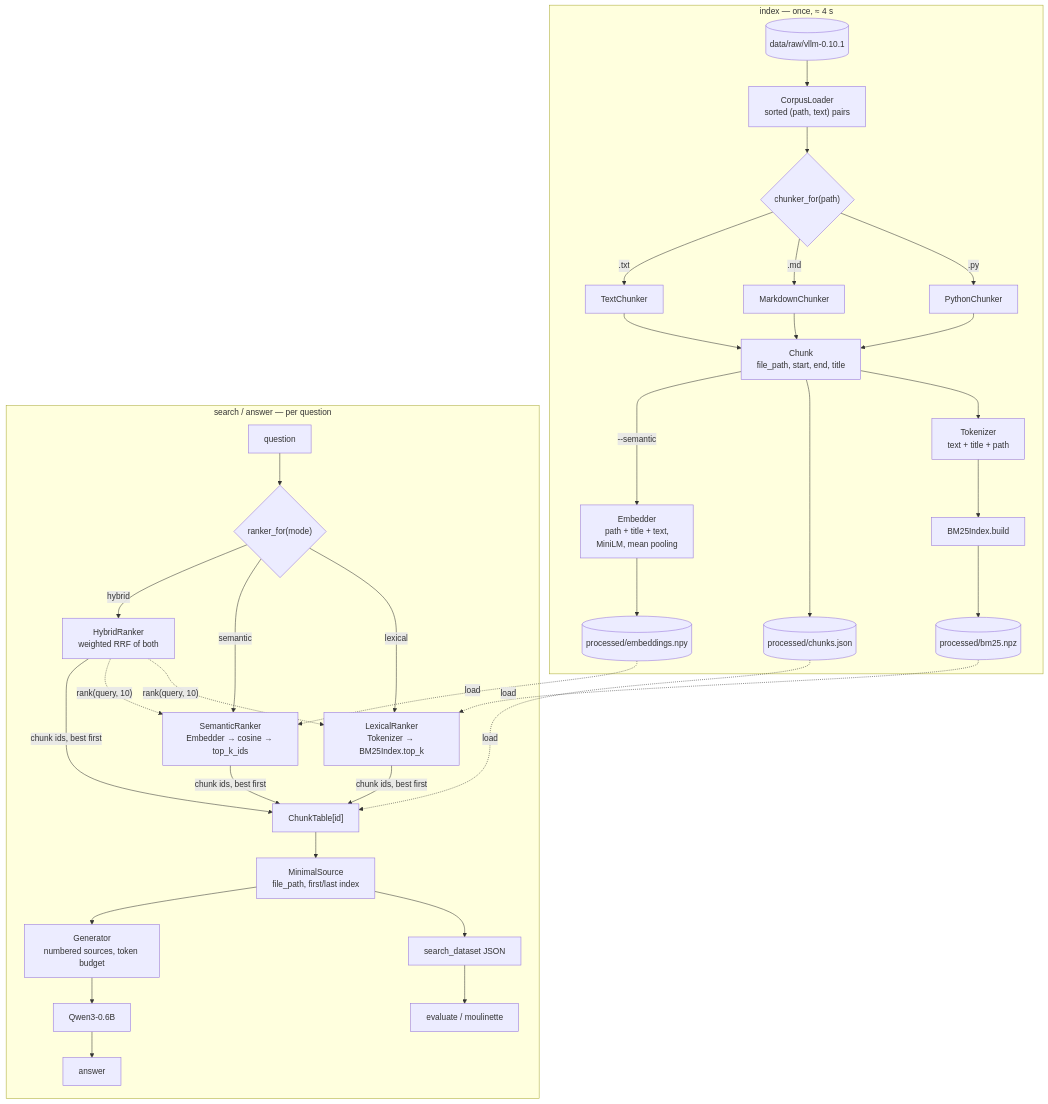
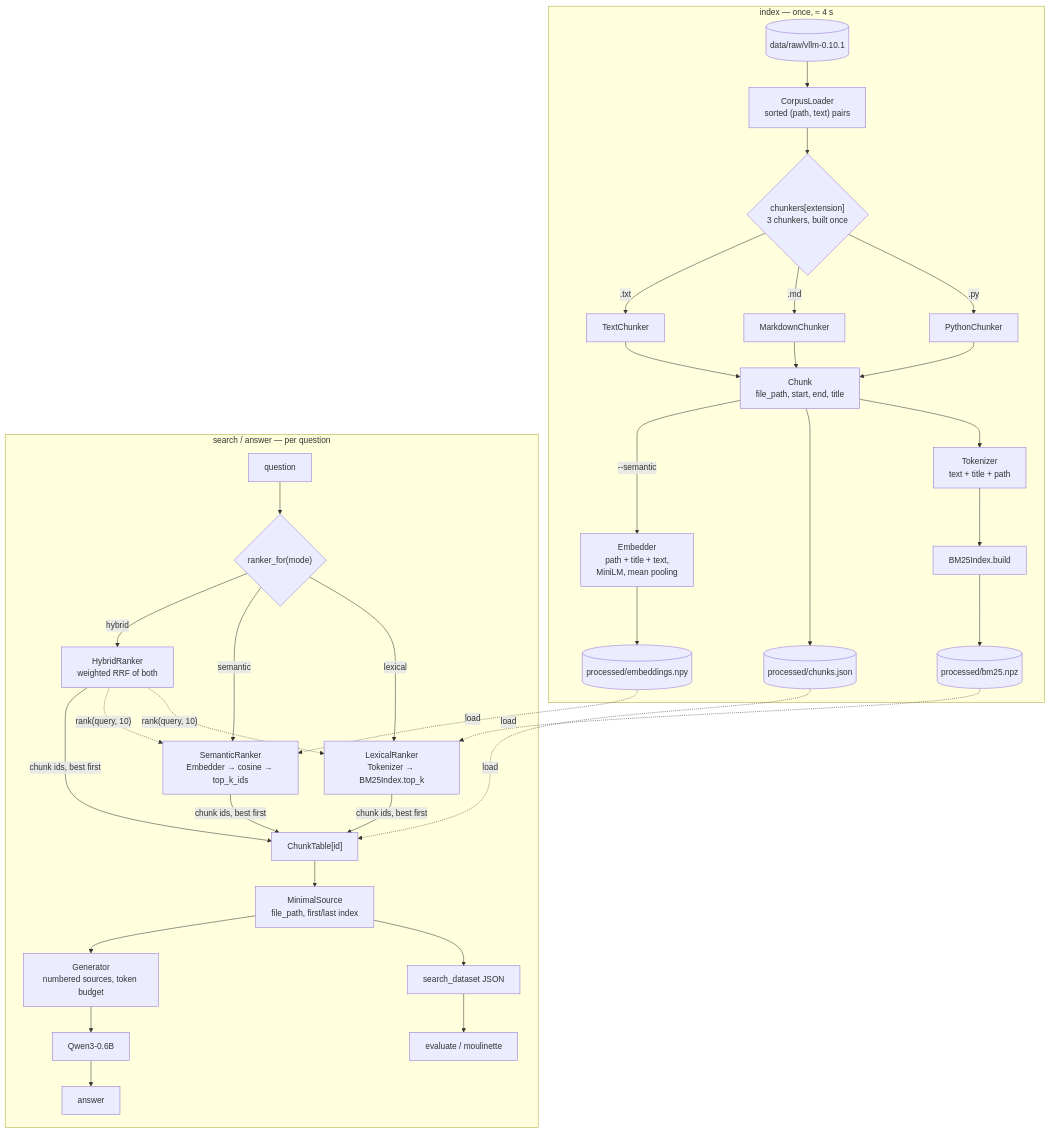
The diagram in README.md (creerghost/RAG_against_the_machine), drawn with Mermaid before and after one commit. The commit also changed other lines of this file and 8 other files, not shown here.

Commit message:
refactor: chunker and ranker factories; chunkers built once per index run

````diff
--- a/README.md
+++ b/README.md
@@ -261,41 +261,41 @@
 ```mermaid
 flowchart TD
     subgraph INDEX["index — once, ≈ 4 s"]
         RAW[("data/raw/vllm-0.10.1")] --> LOAD["CorpusLoader<br/>sorted (path, text) pairs"]
-        LOAD --> PICK{"chunker_for(path)"}
+        LOAD --> PICK{"chunkers[extension]<br/>3 chunkers, built once"}
         PICK -->|".py"| PY["PythonChunker"]
         PICK -->|".md"| MD["MarkdownChunker"]
         PICK -->|".txt"| TXT["TextChunker"]
         PY --> CH["Chunk<br/>file_path, start, end, title"]
         MD --> CH
         TXT --> CH
         CH --> TOK1["Tokenizer<br/>text + title + path"]
         TOK1 --> BUILD["BM25Index.build"]
         BUILD --> NPZ[("processed/bm25.npz")]
         CH --> TABLE[("processed/chunks.json")]
         CH -->|"--semantic"| EMB1["Embedder<br/>path + title + text,<br/>MiniLM, mean pooling"]
         EMB1 --> NPY[("processed/embeddings.npy")]
     end
 
     subgraph QUERY["search / answer — per question"]
         Q["question"] --> RANK{"ranker_for(mode)"}
         RANK -->|"lexical"| TOK2["LexicalRanker<br/>Tokenizer → BM25Index.top_k"]
         RANK -->|"semantic"| COS["SemanticRanker<br/>Embedder → cosine → top_k_ids"]
         RANK -->|"hybrid"| HYB["HybridRanker<br/>weighted RRF of both"]
         HYB -.->|"rank(query, 10)"| TOK2
         HYB -.->|"rank(query, 10)"| COS
         TOK2 -->|"chunk ids, best first"| MAP["ChunkTable[id]"]
         COS -->|"chunk ids, best first"| MAP
         HYB -->|"chunk ids, best first"| MAP
         MAP --> SRC["MinimalSource<br/>file_path, first/last index"]
         SRC --> OUT["search_dataset JSON"]
         OUT --> EVAL["evaluate / moulinette"]
         SRC --> GEN["Generator<br/>numbered sources, token budget"]
         GEN --> QWEN["Qwen3-0.6B"]
         QWEN --> ANS["answer"]
     end
 
     NPZ -.->|"load"| TOK2
     NPY -.->|"load"| COS
     TABLE -.->|"load"| MAP
 ```
````
